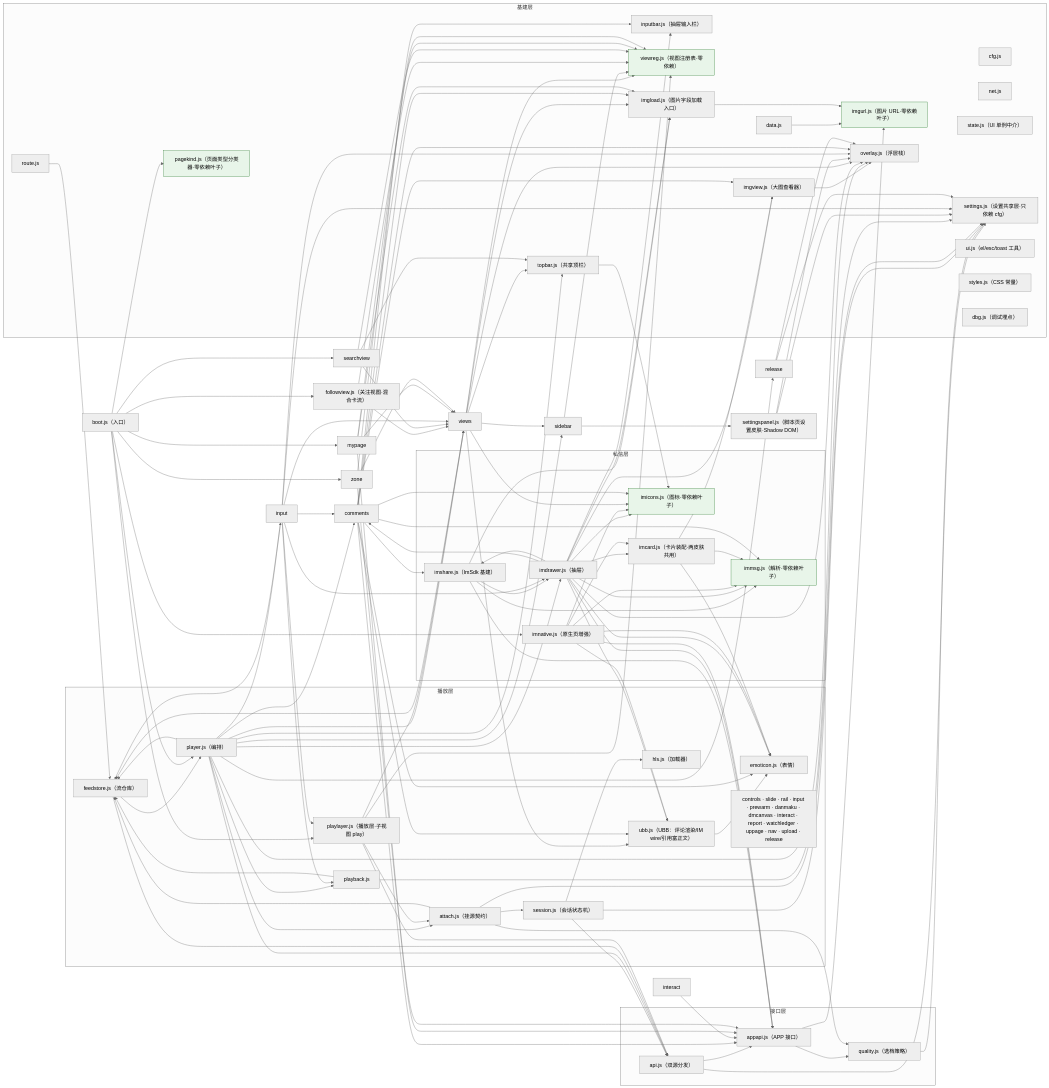
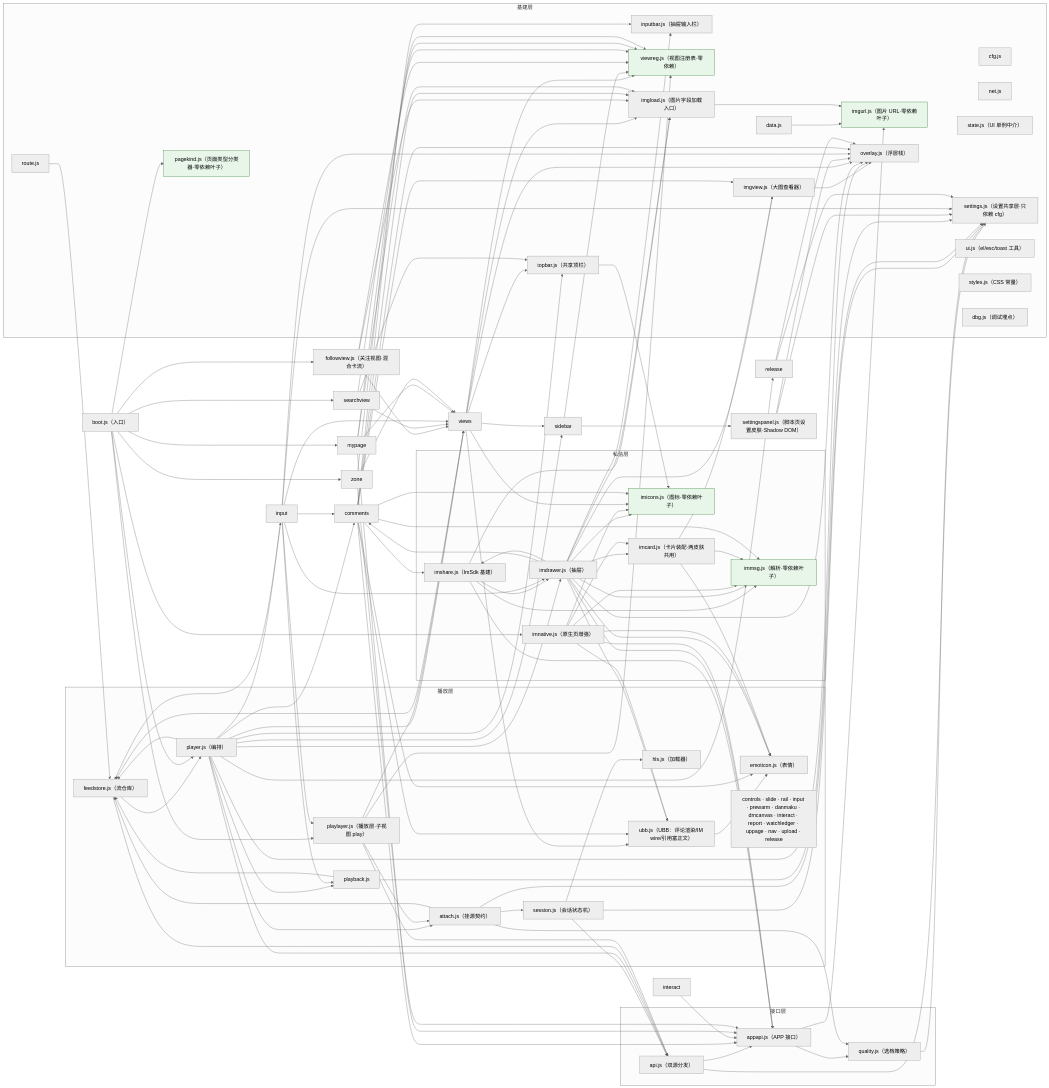
One commit to name-xxl/acfun-svfeed changed the diagram in README.md. Above: the diagram before and after it, drawn with Mermaid (neutral theme). The commit also changed 11 other files, not shown here.

First line of the commit message:
0.9.93：关注视图卡面 v2——按内容型换卡 + 「文本向整行、媒体向多列」

```diff
--- a/README.md
+++ b/README.md
@@ -392,7 +392,7 @@
   boot --> followview & imnative & mypage & pagekind & player & playlayer & searchview & zone
   views --> feedstore & imgload & imicons & overlay & sidebar & topbar & ubb & viewreg
   sidebar --> viewreg & settingspanel
-  followview --> viewreg & views
+  followview --> imgload & viewreg & views
   settingspanel --> settings & overlay
   searchview --> topbar & viewreg & views
   input --> comments & feedstore & imdrawer & overlay & pb & playlayer & settings & views
```
